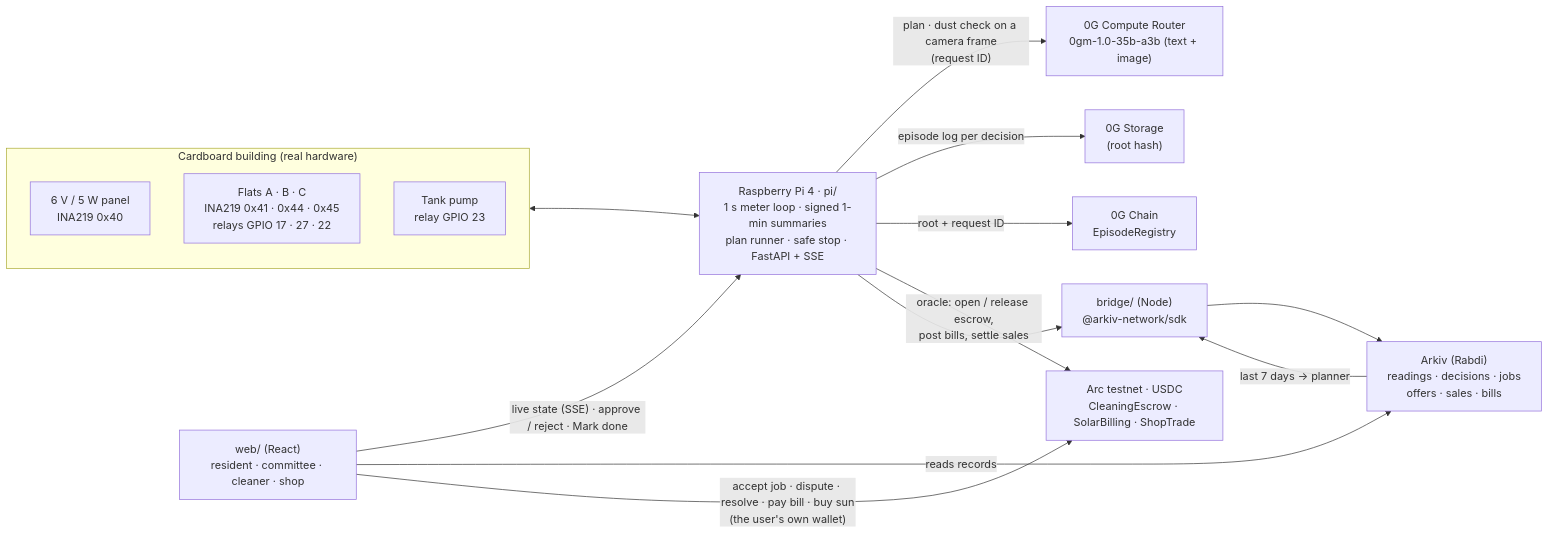
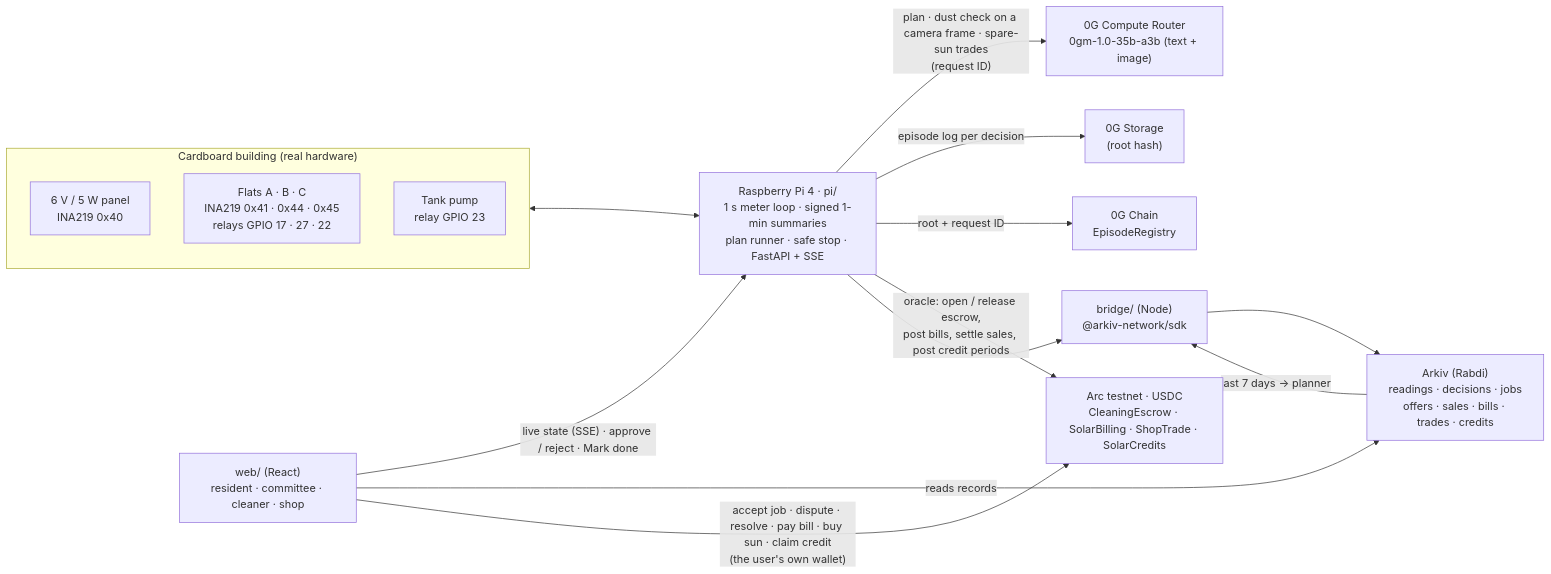
One commit to Om-Salunkhe/Dynaura changed the diagram in README.md. Above: the diagram before and after it, drawn with Mermaid. The commit also changed other lines of this file, not shown here.

First line of the commit message:
docs: README fair share + solar credits

````diff
--- a/README.md
+++ b/README.md
@@ -50,20 +52,20 @@
 ```mermaid
 flowchart LR
   subgraph B["Cardboard building (real hardware)"]
     P["6 V / 5 W panel<br/>INA219 0x40"]
     F["Flats A · B · C<br/>INA219 0x41 · 0x44 · 0x45<br/>relays GPIO 17 · 27 · 22"]
     W["Tank pump<br/>relay GPIO 23"]
   end
   Pi["Raspberry Pi 4 · pi/<br/>1 s meter loop · signed 1-min summaries<br/>plan runner · safe stop · FastAPI + SSE"]
   B <--> Pi
-  Pi -- "plan · dust check on a camera frame<br/>(request ID)" --> ZC["0G Compute Router<br/>0gm-1.0-35b-a3b (text + image)"]
+  Pi -- "plan · dust check on a camera frame · spare-sun trades<br/>(request ID)" --> ZC["0G Compute Router<br/>0gm-1.0-35b-a3b (text + image)"]
   Pi -- "episode log per decision" --> ZS["0G Storage<br/>(root hash)"]
   Pi -- "root + request ID" --> ZR["0G Chain<br/>EpisodeRegistry"]
-  Pi -- "oracle: open / release escrow,<br/>post bills, settle sales" --> Arc["Arc testnet · USDC<br/>CleaningEscrow · SolarBilling · ShopTrade"]
+  Pi -- "oracle: open / release escrow,<br/>post bills, settle sales, post credit periods" --> Arc["Arc testnet · USDC<br/>CleaningEscrow · SolarBilling · ShopTrade · SolarCredits"]
   Pi --> Br["bridge/ (Node)<br/>@arkiv-network/sdk"]
-  Br --> Ak["Arkiv (Rabdi)<br/>readings · decisions · jobs<br/>offers · sales · bills"]
+  Br --> Ak["Arkiv (Rabdi)<br/>readings · decisions · jobs<br/>offers · sales · bills · trades · credits"]
   Ak -- "last 7 days → planner" --> Br
   Web["web/ (React)<br/>resident · committee · cleaner · shop"] -- "live state (SSE) · approve / reject · Mark done" --> Pi
   Web -- "reads records" --> Ak
-  Web -- "accept job · dispute · resolve · pay bill · buy sun<br/>(the user's own wallet)" --> Arc
+  Web -- "accept job · dispute · resolve · pay bill · buy sun · claim credit<br/>(the user's own wallet)" --> Arc
 ```
````
